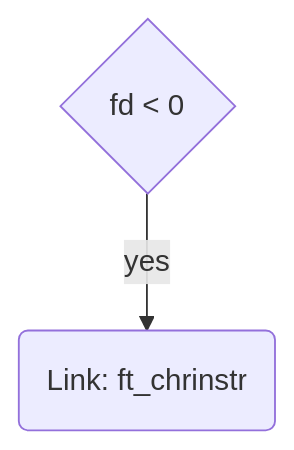
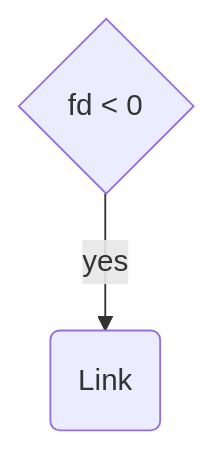
Before and after one commit to ELREKO/42-P1-get_next_line: the diagram in doc/diagramm/get_next_line.mmd, drawn with Mermaid.

```diff
--- a/doc/diagramm/get_next_line.mmd
+++ b/doc/diagramm/get_next_line.mmd
@@ -1,7 +1,7 @@
 ---
 titel: get_next_line
 ---
 
 flowchart TD
-A{fd < 0} -- yes -->B("Link": ft_chrinstr)
+A{fd < 0} -- yes -->B("Link")
 click B href "https://github.com/ELREKO/get_next_line/blob/main/doc/diagramm/ft_chrinstr.mmd" _blank
```
